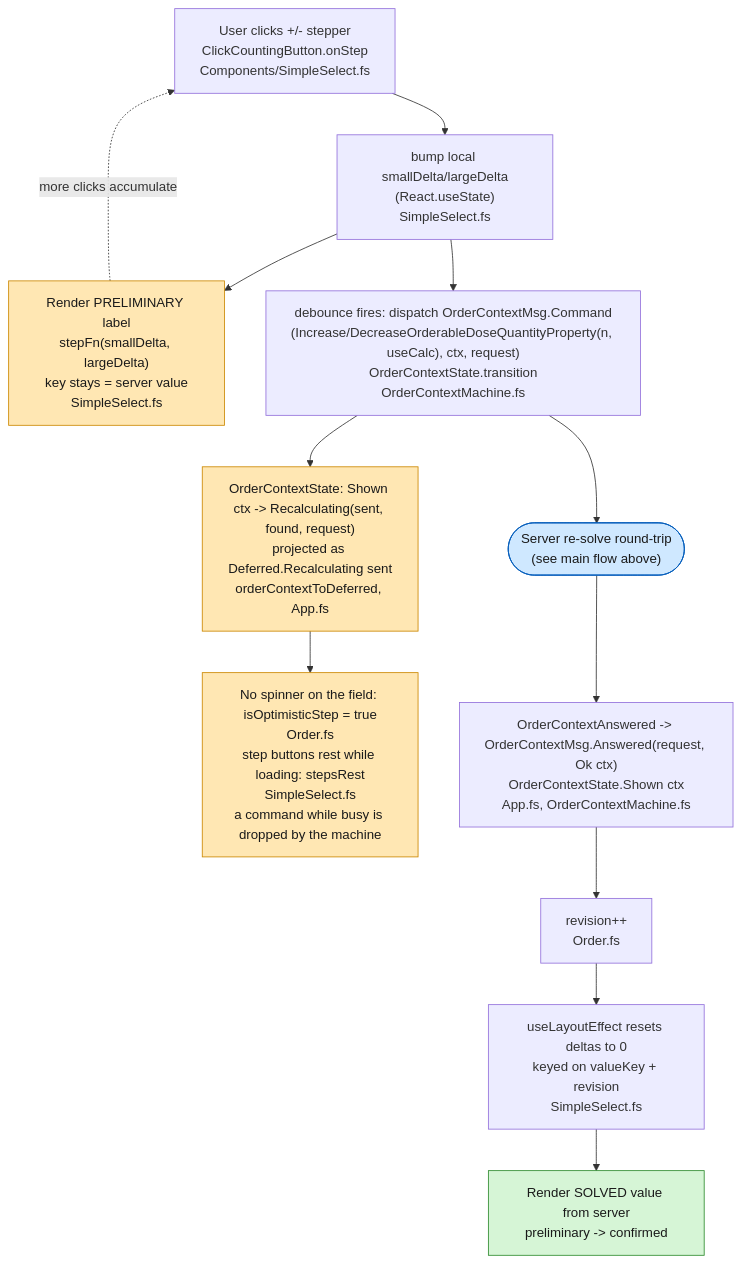
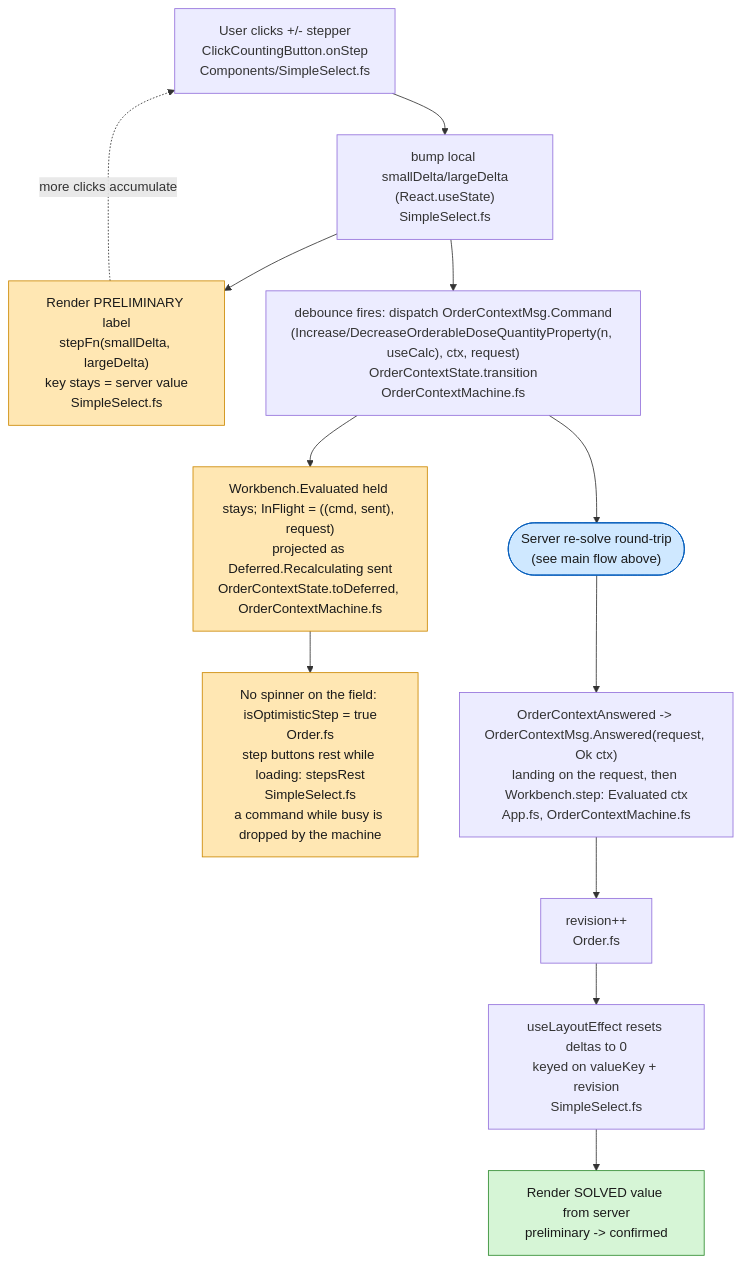
One commit to informedica/GenPRES changed the second of 2 diagrams in docs/domain/dose-quantity-stepping-flow.md. Above: the diagram before and after it, drawn with Mermaid. The commit also changed other lines of this file and 1 other file, not shown here.

First line of the commit message:
docs(client): the stepping flow over the two stages; the order lanes as built

````diff
--- a/docs/domain/dose-quantity-stepping-flow.md
+++ b/docs/domain/dose-quantity-stepping-flow.md
@@ -61,28 +61,28 @@
 ```mermaid
 flowchart TD
     CLICK["User clicks +/- stepper<br/>ClickCountingButton.onStep<br/>Components/SimpleSelect.fs"]
     DELTA["bump local smallDelta/largeDelta<br/>(React.useState)<br/>SimpleSelect.fs"]
     PRELIM["Render PRELIMINARY label<br/>stepFn(smallDelta, largeDelta)<br/>key stays = server value<br/>SimpleSelect.fs"]
     DISPATCH["debounce fires: dispatch OrderContextMsg.Command<br/>(Increase/DecreaseOrderableDoseQuantityProperty(n, useCalc), ctx, request)<br/>OrderContextState.transition<br/>OrderContextMachine.fs"]
 
-    REC["OrderContextState: Shown ctx -> Recalculating(sent, found, request)<br/>projected as Deferred.Recalculating sent<br/>orderContextToDeferred, App.fs"]
+    REC["Workbench.Evaluated held stays; InFlight = ((cmd, sent), request)<br/>projected as Deferred.Recalculating sent<br/>OrderContextState.toDeferred, OrderContextMachine.fs"]
     KEEP["No spinner on the field: isOptimisticStep = true<br/>Order.fs<br/>step buttons rest while loading: stepsRest<br/>SimpleSelect.fs<br/>a command while busy is dropped by the machine"]
 
     SERVER(["Server re-solve round-trip<br/>(see main flow above)"])
 
-    DONE["OrderContextAnswered -> OrderContextMsg.Answered(request, Ok ctx)<br/>OrderContextState.Shown ctx<br/>App.fs, OrderContextMachine.fs"]
+    DONE["OrderContextAnswered -> OrderContextMsg.Answered(request, Ok ctx)<br/>landing on the request, then Workbench.step: Evaluated ctx<br/>App.fs, OrderContextMachine.fs"]
     BUMP["revision++<br/>Order.fs"]
     RESET["useLayoutEffect resets deltas to 0<br/>keyed on valueKey + revision<br/>SimpleSelect.fs"]
     FINAL["Render SOLVED value from server<br/>preliminary -> confirmed"]
 
     CLICK --> DELTA --> PRELIM
     DELTA --> DISPATCH --> REC --> KEEP
     PRELIM -. "more clicks accumulate" .-> CLICK
     DISPATCH --> SERVER --> DONE --> BUMP --> RESET --> FINAL
 
     style PRELIM fill:#ffe7b3,stroke:#cc8800,color:#1a1a1a
     style REC fill:#ffe7b3,stroke:#cc8800,color:#1a1a1a
     style KEEP fill:#ffe7b3,stroke:#cc8800,color:#1a1a1a
     style FINAL fill:#d6f5d6,stroke:#2e8b2e,color:#1a1a1a
     style SERVER fill:#cfe8ff,stroke:#005bbb,color:#1a1a1a
 ```
````
